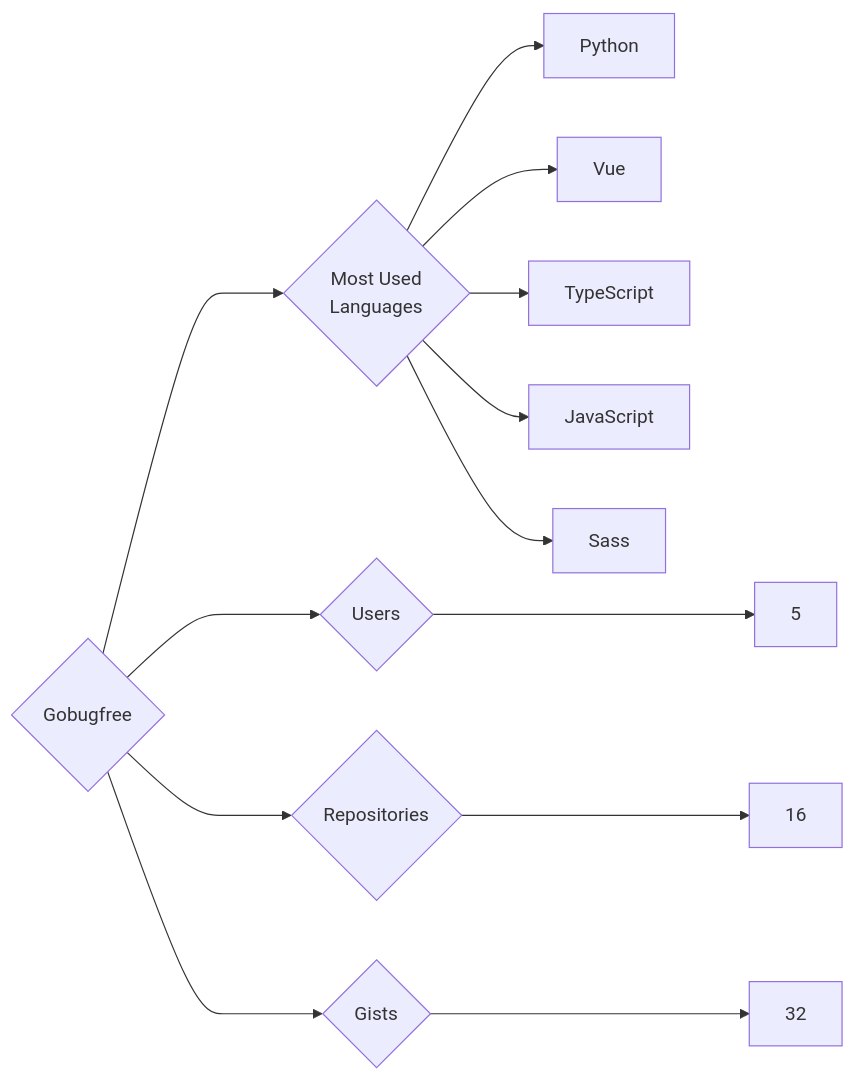
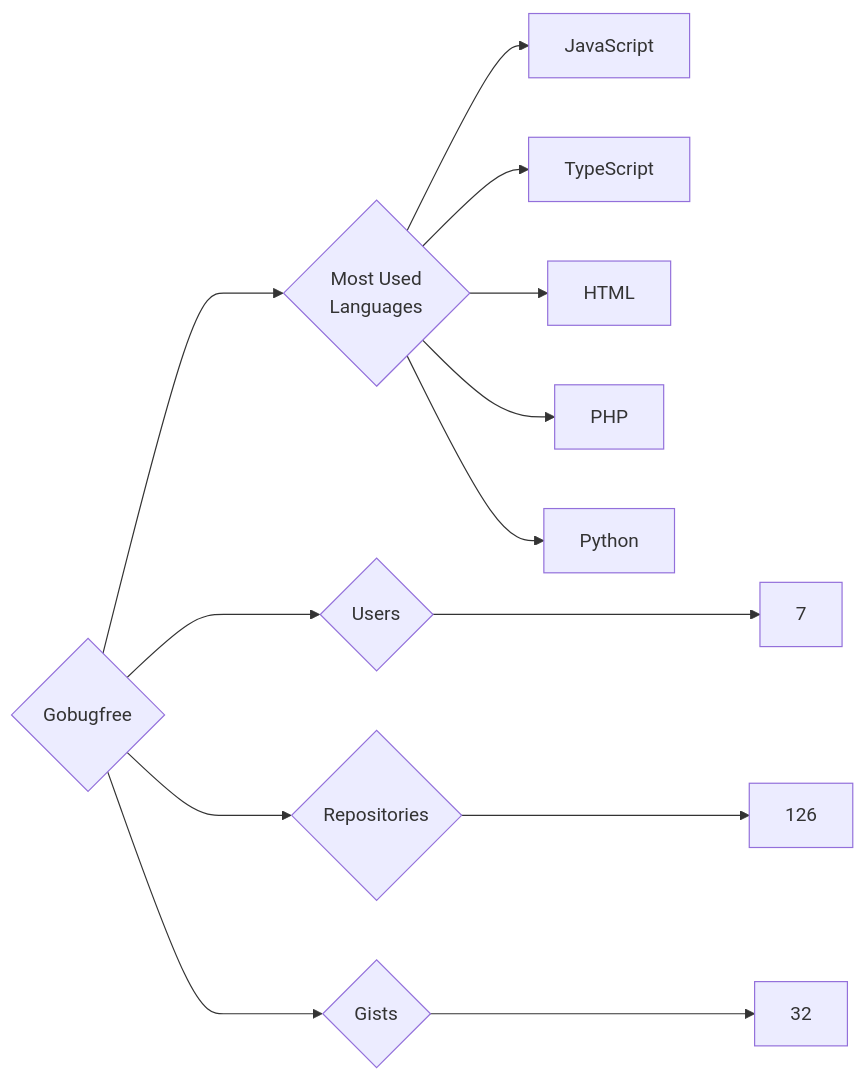
Before and after one commit to trickest/insiders: the diagram in targets/Gobugfree/README.md, drawn with Mermaid. The commit also changed 1030 other files, not shown here.

````diff
--- a/targets/Gobugfree/README.md
+++ b/targets/Gobugfree/README.md
@@ -3,13 +3,13 @@
 ```mermaid
 graph LR
 COMPANY_NAME{Gobugfree}
-COMPANY_NAME ---> U{Users} ---> UN[5]
-COMPANY_NAME ---> R{Repositories} ---> RN[16]
+COMPANY_NAME ---> U{Users} ---> UN[7]
+COMPANY_NAME ---> R{Repositories} ---> RN[126]
 COMPANY_NAME ---> G{Gists} ---> GN[32]
 COMPANY_NAME ---> ML{Most Used<br>Languages}
+ML --> JavaScript[JavaScript]
+ML --> TypeScript[TypeScript]
+ML --> HTML[HTML]
+ML --> PHP[PHP]
 ML --> Python[Python]
-ML --> Vue[Vue]
-ML --> TypeScript[TypeScript]
-ML --> JavaScript[JavaScript]
-ML --> Sass[Sass]
 ```
````
